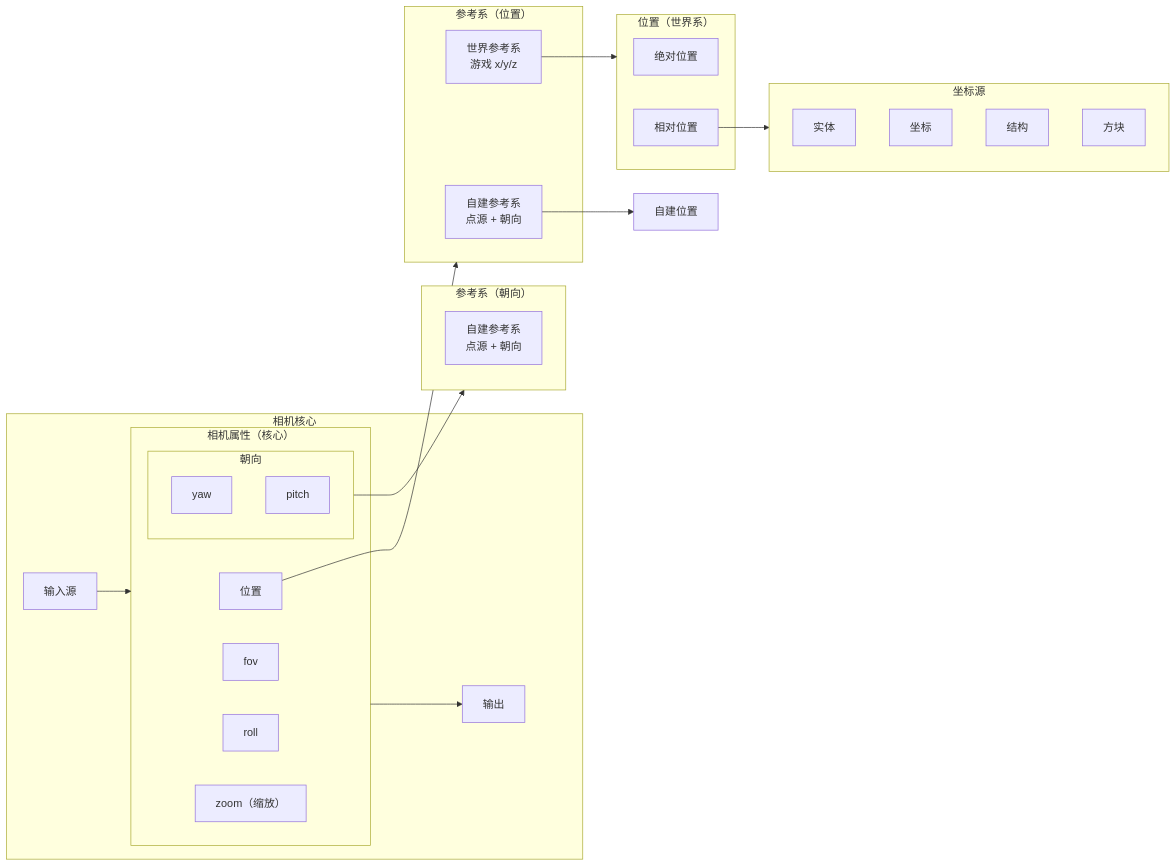
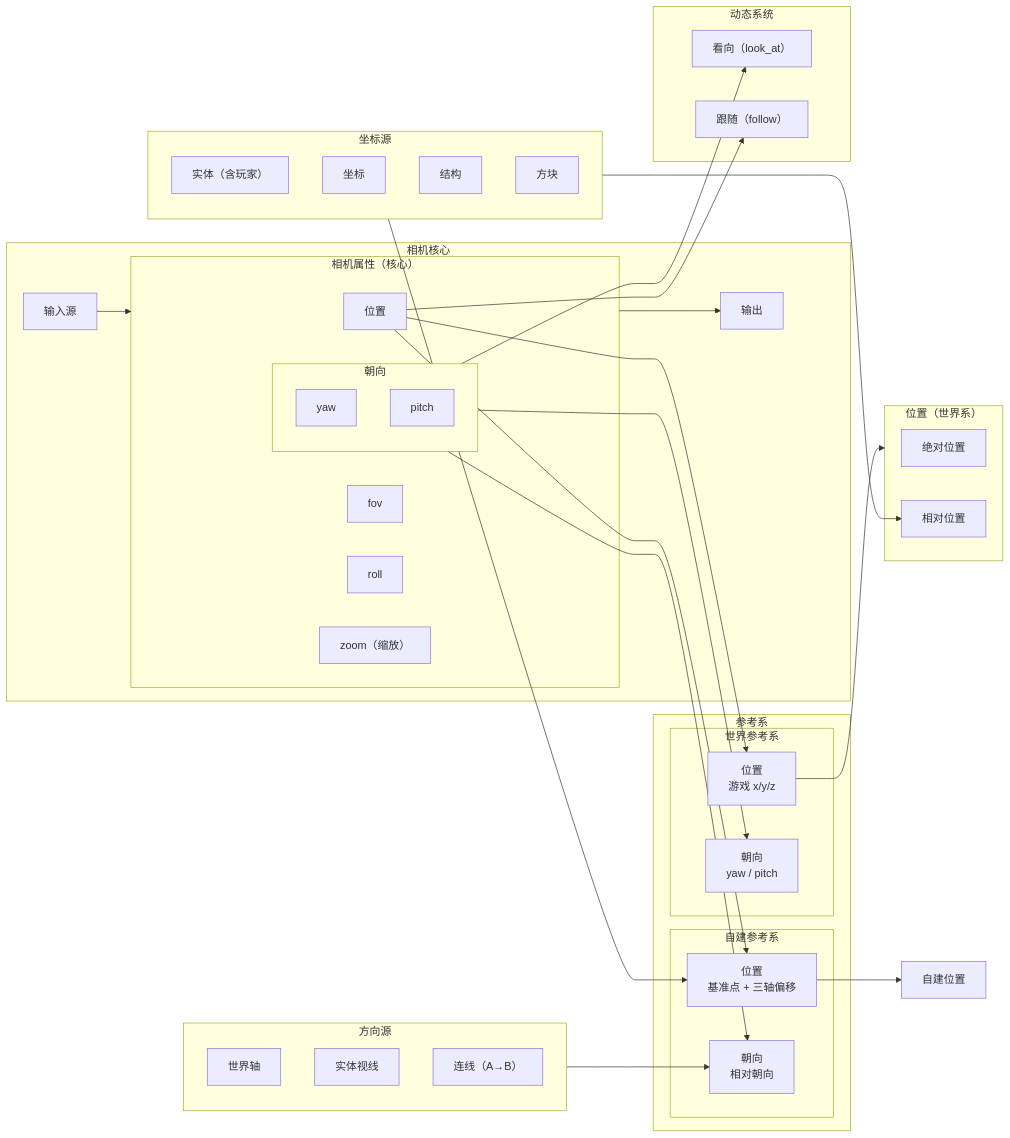
The diagram in plans/0.3.6/mod-architecture.md (SanZiNEO/ImmersiveCinematics), drawn with Mermaid before and after one commit.

Commit message:
docs(plans): 架构图：静态侧收尾（参考系分自建/世界、坐标源/方向源、动态系统）

````diff
--- a/plans/0.3.6/mod-architecture.md
+++ b/plans/0.3.6/mod-architecture.md
@@ -1,41 +1,59 @@
 ```mermaid
 flowchart LR
     subgraph CAM["相机核心"]
         SRC["输入源"]
         subgraph CORE["相机属性（核心）"]
             POS["位置"]
             subgraph ORI["朝向"]
                 Y["yaw"]
                 PI["pitch"]
             end
             FOV["fov"]
             R["roll"]
             Z["zoom（缩放）"]
         end
         DEST["输出"]
         SRC --> CORE
         CORE --> DEST
     end
-    subgraph FP["参考系（位置）"]
-        W["世界参考系<br/>游戏 x/y/z"]
-        SELF["自建参考系<br/>点源 + 朝向"]
+    subgraph FRAMES["参考系"]
+        subgraph SELFF["自建参考系"]
+            SP["位置<br/>基准点 + 三轴偏移"]
+            SO["朝向<br/>相对朝向"]
+        end
+        subgraph WORLDF["世界参考系"]
+            WP["位置<br/>游戏 x/y/z"]
+            WO["朝向<br/>yaw / pitch"]
+        end
     end
-    subgraph FO["参考系（朝向）"]
-        SELF2["自建参考系<br/>点源 + 朝向"]
+    subgraph DYN["动态系统"]
+        LOOK["看向（look_at）"]
+        FOLLOW["跟随（follow）"]
     end
     subgraph WPOS["位置（世界系）"]
         ABS["绝对位置"]
         REL["相对位置"]
     end
     subgraph COORDSRC["坐标源"]
-        ENT["实体"]
+        ENT["实体（含玩家）"]
         COORD["坐标"]
         STRUCT["结构"]
         BLOCK["方块"]
     end
-    POS --> FP
-    ORI --> FO
-    W --> WPOS
-    SELF --> SELFPOS["自建位置"]
-    REL --> COORDSRC
+    subgraph DIRSRC["方向源"]
+        AXIS["世界轴"]
+        VIEW["实体视线"]
+        LINE["连线（A→B）"]
+    end
+    POS --> WP
+    POS --> SP
+    ORI --> WO
+    ORI --> SO
+    ORI --> LOOK
+    POS --> FOLLOW
+    WP --> WPOS
+    SP --> SELFPOS["自建位置"]
+    COORDSRC --> SP
+    DIRSRC --> SO
+    COORDSRC --> REL
 ```
````
